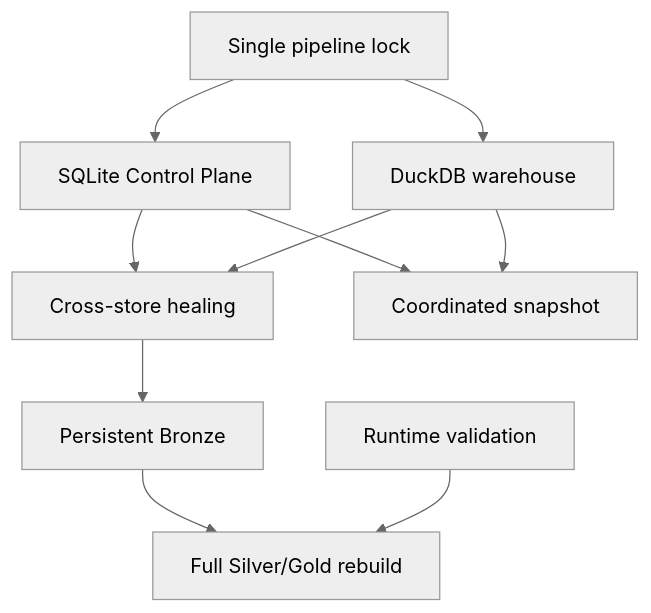
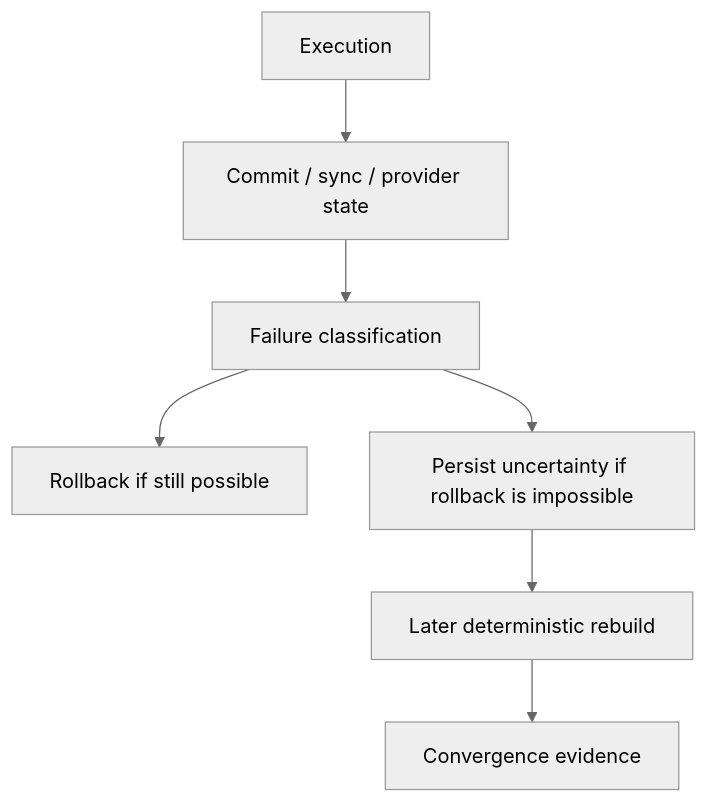
One commit to tks18/personal-finance-etl changed the first of 7 diagrams in docs/architecture/reliability-and-recovery.md. Above: the diagram before and after it, drawn with Mermaid (neutral theme). The commit also changed other lines of this file and 10 other files, not shown here.

Commit message:
docs: update docs/architecture for latest version

````diff
--- a/docs/architecture/reliability-and-recovery.md
+++ b/docs/architecture/reliability-and-recovery.md
@@ -23,21 +31,9 @@
 ```mermaid
-flowchart TB
-    LOCK[Single pipeline lock]
-    CP[SQLite Control Plane]
-    DUCK[DuckDB warehouse]
-    BR[Persistent Bronze]
-    REBUILD[Full Silver/Gold rebuild]
-    VALID[Runtime validation]
-    HEAL[Cross-store healing]
-    SNAP[Coordinated snapshot]
-
-    LOCK --> CP
-    LOCK --> DUCK
-    CP --> HEAL
-    DUCK --> HEAL
-    HEAL --> BR
-    BR --> REBUILD
-    VALID --> REBUILD
-    CP --> SNAP
-    DUCK --> SNAP
+flowchart TD
+    EXEC[Execution] --> STATE[Commit / sync / provider state]
+    STATE --> FAIL[Failure classification]
+    FAIL --> ROLLBACK[Rollback if still possible]
+    FAIL --> MARK[Persist uncertainty if rollback is impossible]
+    MARK --> REPLAY[Later deterministic rebuild]
+    REPLAY --> CONV[Convergence evidence]
 ```
````
